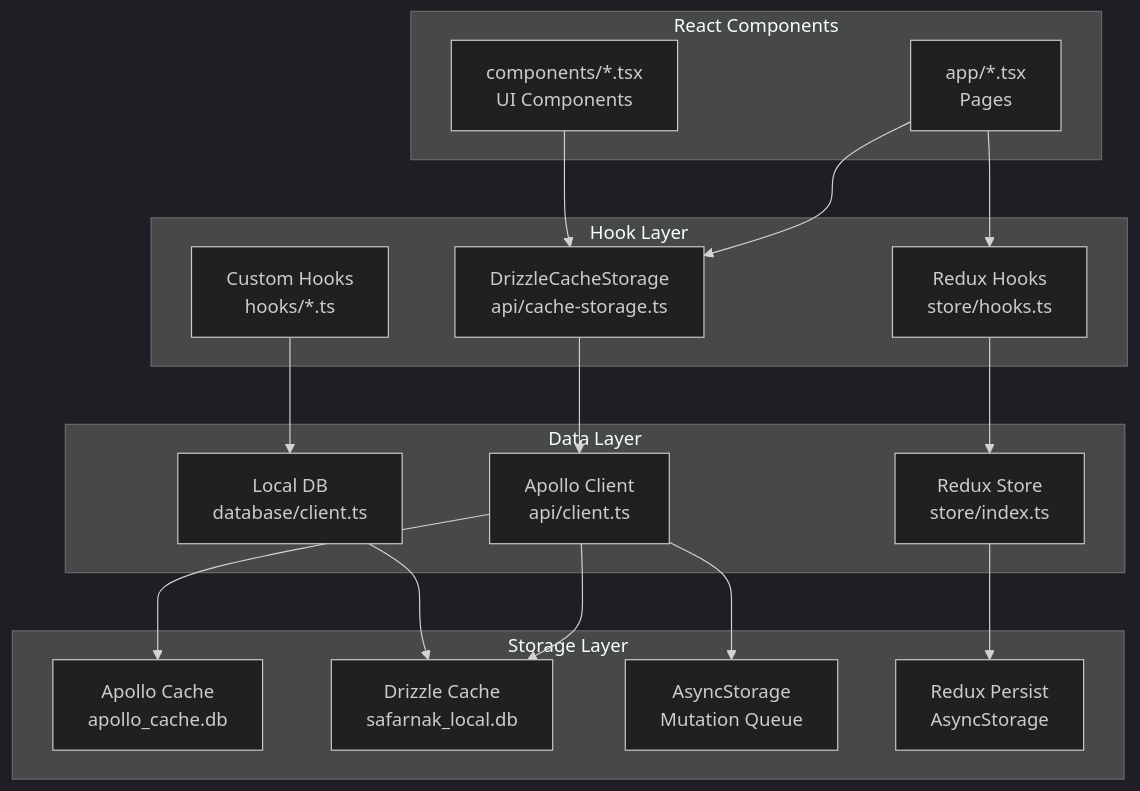
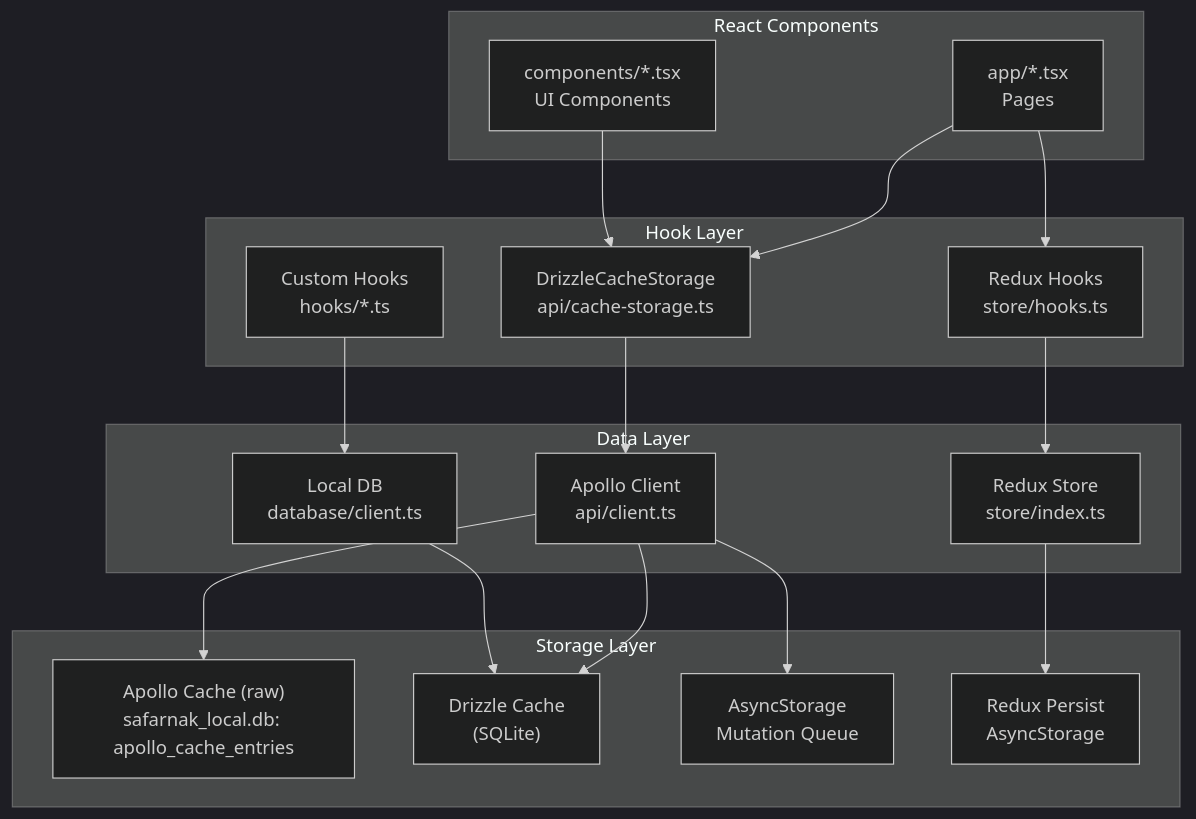
The second of 11 diagrams in README.md (mehotkhan/safarnak.app), drawn with Mermaid (dark theme) before and after one commit. The commit also changed other lines of this file, not shown here.

Commit message:
docs(readme): fix outdated references (Enhanced→Generated hooks, apollo cache table); refresh diagrams

````diff
--- a/README.md
+++ b/README.md
@@ -121,38 +121,38 @@
 ```mermaid
 flowchart TB
   subgraph Component["React Components"]
     C1["app/*.tsx<br/>Pages"]
     C2["components/*.tsx<br/>UI Components"]
   end
 
   subgraph Hooks["Hook Layer"]
     H1["DrizzleCacheStorage<br/>api/cache-storage.ts"]
     H2["Custom Hooks<br/>hooks/*.ts"]
     H3["Redux Hooks<br/>store/hooks.ts"]
   end
 
   subgraph Data["Data Layer"]
     D1["Apollo Client<br/>api/client.ts"]
     D2["Redux Store<br/>store/index.ts"]
       D3["Local DB<br/>database/client.ts"]
   end
 
   subgraph Storage["Storage Layer"]
-    S1["Apollo Cache<br/>apollo_cache.db"]
-    S2["Drizzle Cache<br/>safarnak_local.db"]
+    S1["Apollo Cache (raw)<br/>safarnak_local.db: apollo_cache_entries"]
+    S2["Drizzle Cache<br/>(SQLite)"]
     S3["AsyncStorage<br/>Mutation Queue"]
     S4["Redux Persist<br/>AsyncStorage"]
   end
 
   C1 --> H1
   C2 --> H1
   C1 --> H3
   H1 --> D1
   H2 --> D3
   H3 --> D2
   D1 --> S1
   D1 --> S2
   D2 --> S4
   D3 --> S2
   D1 --> S3
 ```
````
